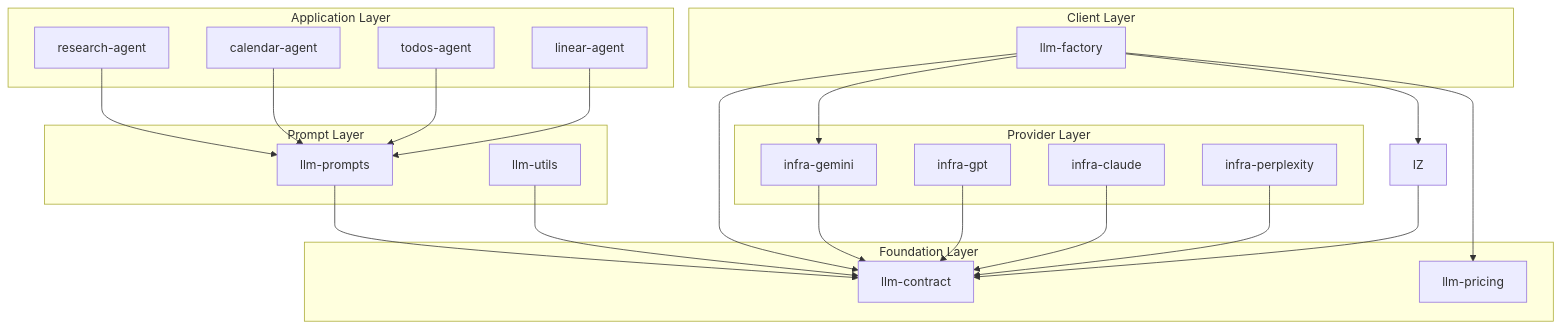
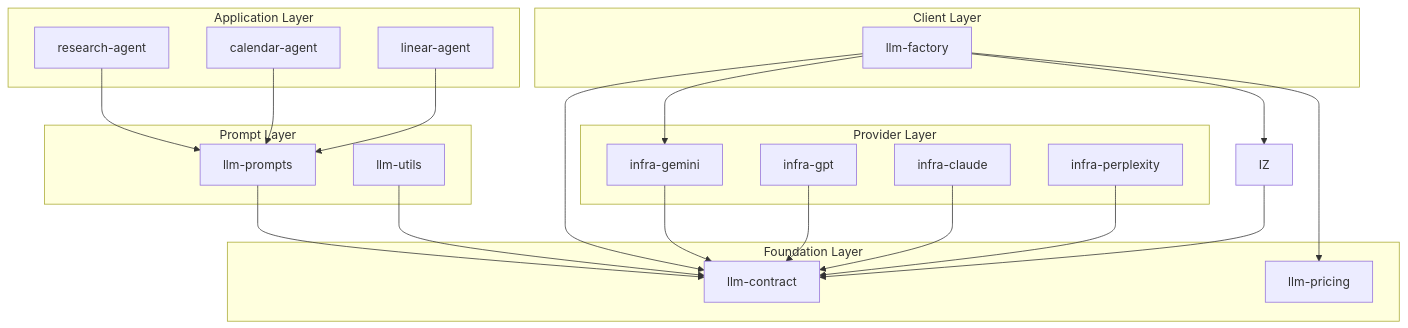
The diagram in docs/architecture/llm-packages.md (pbuchman/intexuraos), drawn with Mermaid before and after one commit. The commit also changed 463 other files, not shown here.

````diff
--- a/docs/architecture/llm-packages.md
+++ b/docs/architecture/llm-packages.md
@@ -11,49 +11,47 @@
 ```mermaid
 graph TB
     subgraph "Application Layer"
         RA[research-agent]
         CA[calendar-agent]
-        TA[todos-agent]
         LA[linear-agent]
     end
 
     subgraph "Prompt Layer"
         LP[llm-prompts]
         LU[llm-utils]
     end
 
     subgraph "Client Layer"
         LF[llm-factory]
     end
 
     subgraph "Provider Layer"
         IG[infra-gemini]
         IO[infra-gpt]
         IC[infra-claude]
         IP[infra-perplexity]
     end
 
     subgraph "Foundation Layer"
         LC[llm-contract]
         LPR[llm-pricing]
     end
 
     RA --> LP
     CA --> LP
-    TA --> LP
     LA --> LP
 
     LP --> LC
     LU --> LC
     LF --> LC
     LF --> LPR
 
     LF --> IG
     LF --> IZ
 
     IG --> LC
     IO --> LC
     IC --> LC
     IP --> LC
     IZ --> LC
 ```
````
